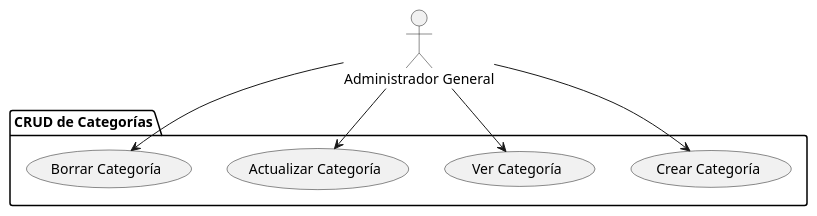
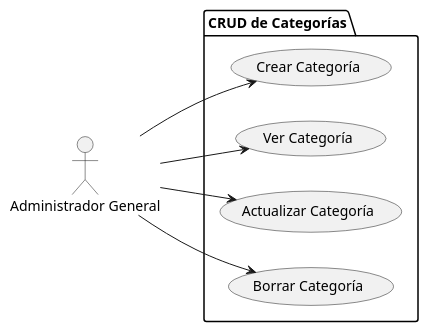
Before and after one commit to mmasias/24-25-IdSw1-SDR: the diagram in docs/casosDeUso/diagramaCasosDeUso/administradorGeneral/manejoCategorias/manejoCategoria.puml, drawn with PlantUML. The commit also changed 6 other files, not shown here.

```diff
--- a/docs/casosDeUso/diagramaCasosDeUso/administradorGeneral/manejoCategorias/manejoCategoria.puml
+++ b/docs/casosDeUso/diagramaCasosDeUso/administradorGeneral/manejoCategorias/manejoCategoria.puml
@@ -1,15 +1,16 @@
 @startuml manejoCategoria
+left to right direction
 actor "Administrador General" as AdminGeneral
 
 package "CRUD de Categorías" {
     usecase "Crear Categoría" as CC1
     usecase "Ver Categoría" as CC2
     usecase "Actualizar Categoría" as CC3
     usecase "Borrar Categoría" as CC4
 }
 
-AdminGeneral -down-> CC1
-AdminGeneral -down-> CC2
-AdminGeneral -down-> CC3
-AdminGeneral -down-> CC4
+AdminGeneral --> CC1
+AdminGeneral --> CC2
+AdminGeneral --> CC3
+AdminGeneral --> CC4
 @enduml
```
